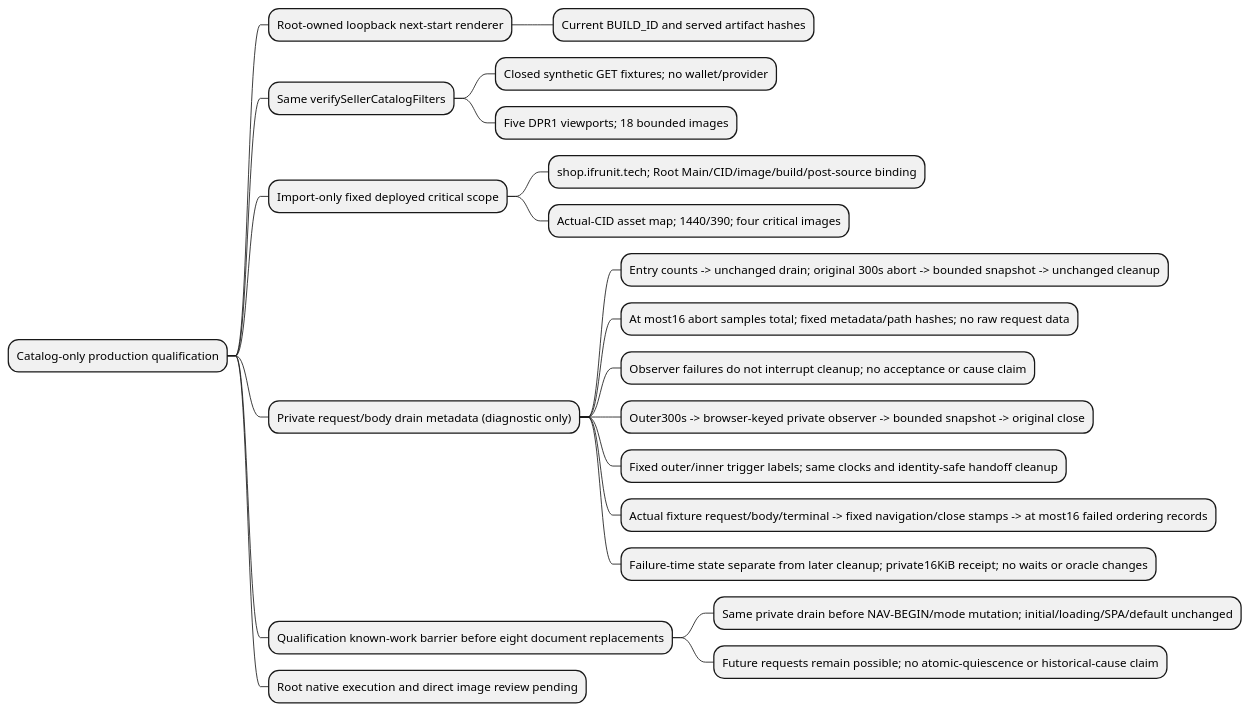
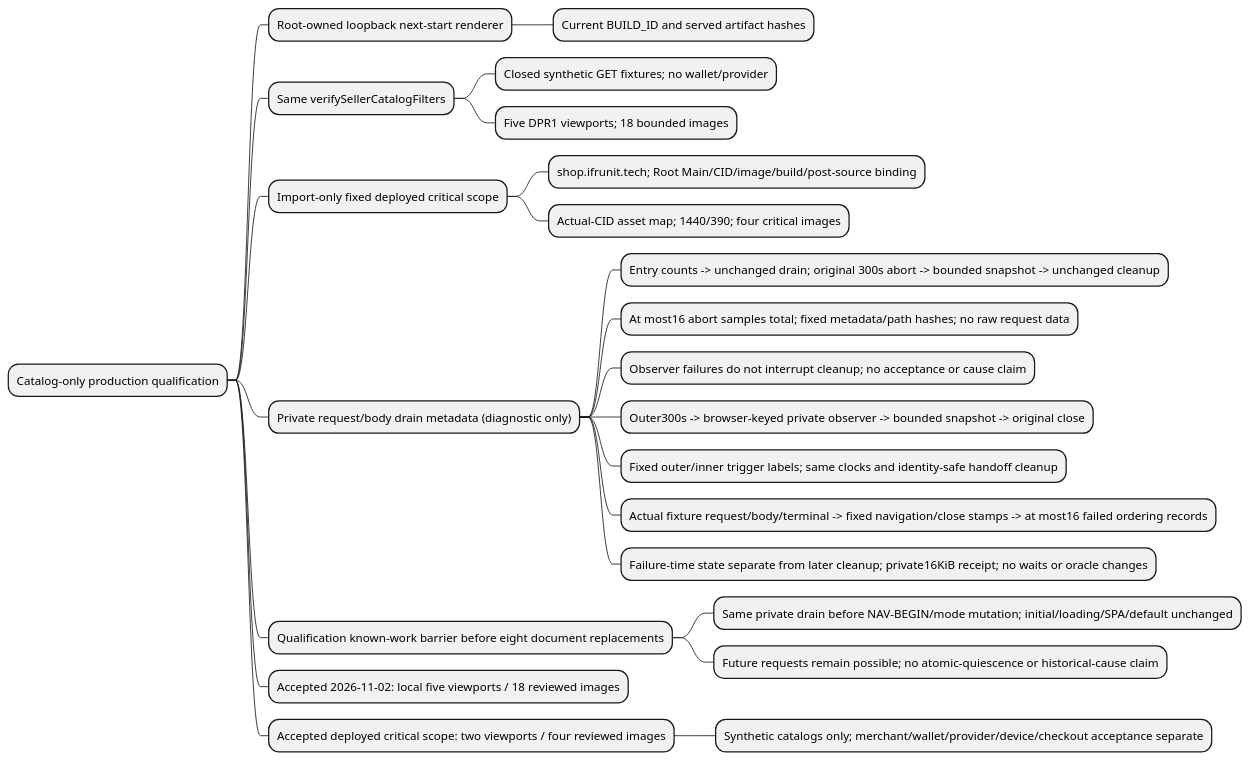
Before and after one commit to NeaBouli/inferno: diagram 26 of 27 in docs/architecture/map.puml, drawn with PlantUML. The commit also changed 5 other files, not shown here.

```diff
--- a/docs/architecture/map.puml
+++ b/docs/architecture/map.puml
@@ -414,23 +414,25 @@
 @startmindmap catalog_production_qualification_419
 * Catalog-only production qualification
 ** Root-owned loopback next-start renderer
 *** Current BUILD_ID and served artifact hashes
 ** Same verifySellerCatalogFilters
 *** Closed synthetic GET fixtures; no wallet/provider
 *** Five DPR1 viewports; 18 bounded images
 ** Import-only fixed deployed critical scope
 *** shop.ifrunit.tech; Root Main/CID/image/build/post-source binding
 *** Actual-CID asset map; 1440/390; four critical images
 ** Private request/body drain metadata (diagnostic only)
 *** Entry counts -> unchanged drain; original 300s abort -> bounded snapshot -> unchanged cleanup
 *** At most16 abort samples total; fixed metadata/path hashes; no raw request data
 *** Observer failures do not interrupt cleanup; no acceptance or cause claim
 *** Outer300s -> browser-keyed private observer -> bounded snapshot -> original close
 *** Fixed outer/inner trigger labels; same clocks and identity-safe handoff cleanup
 *** Actual fixture request/body/terminal -> fixed navigation/close stamps -> at most16 failed ordering records
 *** Failure-time state separate from later cleanup; private16KiB receipt; no waits or oracle changes
 ** Qualification known-work barrier before eight document replacements
 *** Same private drain before NAV-BEGIN/mode mutation; initial/loading/SPA/default unchanged
 *** Future requests remain possible; no atomic-quiescence or historical-cause claim
-** Root native execution and direct image review pending
+** Accepted 2026-11-02: local five viewports / 18 reviewed images
+** Accepted deployed critical scope: two viewports / four reviewed images
+*** Synthetic catalogs only; merchant/wallet/provider/device/checkout acceptance separate
 @endmindmap
```
